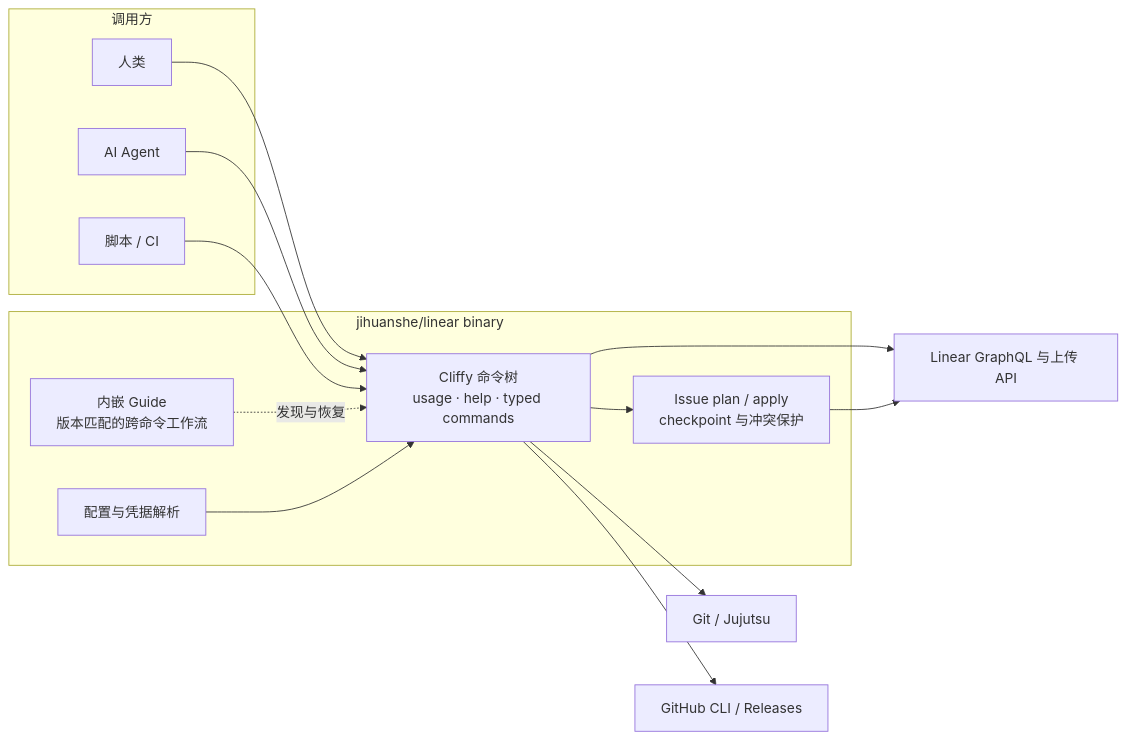
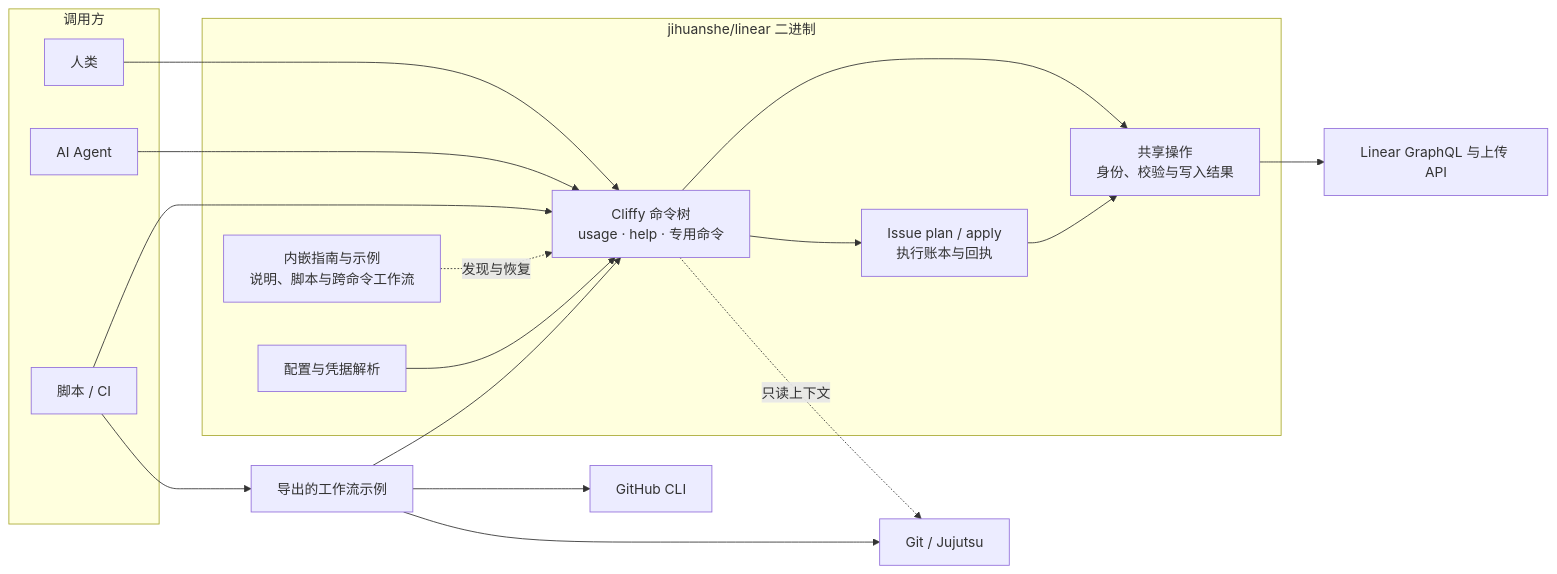
The first of 2 diagrams in README.md (jihuanshe/linear), drawn with Mermaid before and after one commit. The commit also changed other lines of this file and 224 other files, not shown here.

````diff
--- a/README.md
+++ b/README.md
@@ -12,30 +12,36 @@
 ```mermaid
 flowchart LR
   subgraph callers["调用方"]
     human["人类"]
     agent["AI Agent"]
     ci["脚本 / CI"]
   end
 
-  subgraph binary["jihuanshe/linear binary"]
-    commands["Cliffy 命令树<br/>usage · help · typed commands"]
-    guides["内嵌 Guide<br/>版本匹配的跨命令工作流"]
+  subgraph binary["jihuanshe/linear 二进制"]
+    commands["Cliffy 命令树<br/>usage · help · 专用命令"]
+    guides["内嵌指南与示例<br/>说明、脚本与跨命令工作流"]
     config["配置与凭据解析"]
-    delivery["Issue plan / apply<br/>checkpoint 与冲突保护"]
+    operations["共享操作<br/>身份、校验与写入结果"]
+    delivery["Issue plan / apply<br/>执行账本与回执"]
   end
 
   linear["Linear GraphQL 与上传 API"]
   vcs["Git / Jujutsu"]
-  github["GitHub CLI / Releases"]
+  recipes["导出的工作流示例"]
+  github["GitHub CLI"]
 
   human --> commands
   agent --> commands
   ci --> commands
   guides -. "发现与恢复" .-> commands
   config --> commands
-  commands --> linear
+  commands --> operations
   commands --> delivery
-  delivery --> linear
-  commands --> vcs
-  commands --> github
+  delivery --> operations
+  operations --> linear
+  commands -. "只读上下文" .-> vcs
+  ci --> recipes
+  recipes --> commands
+  recipes --> vcs
+  recipes --> github
 ```
````
